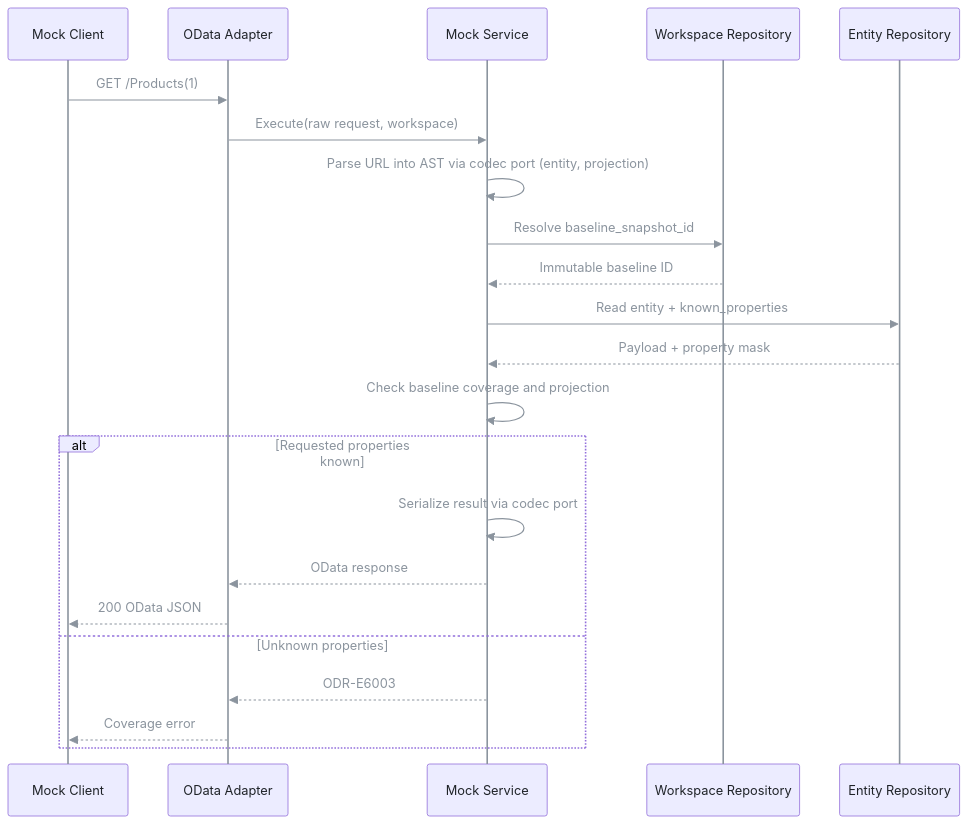
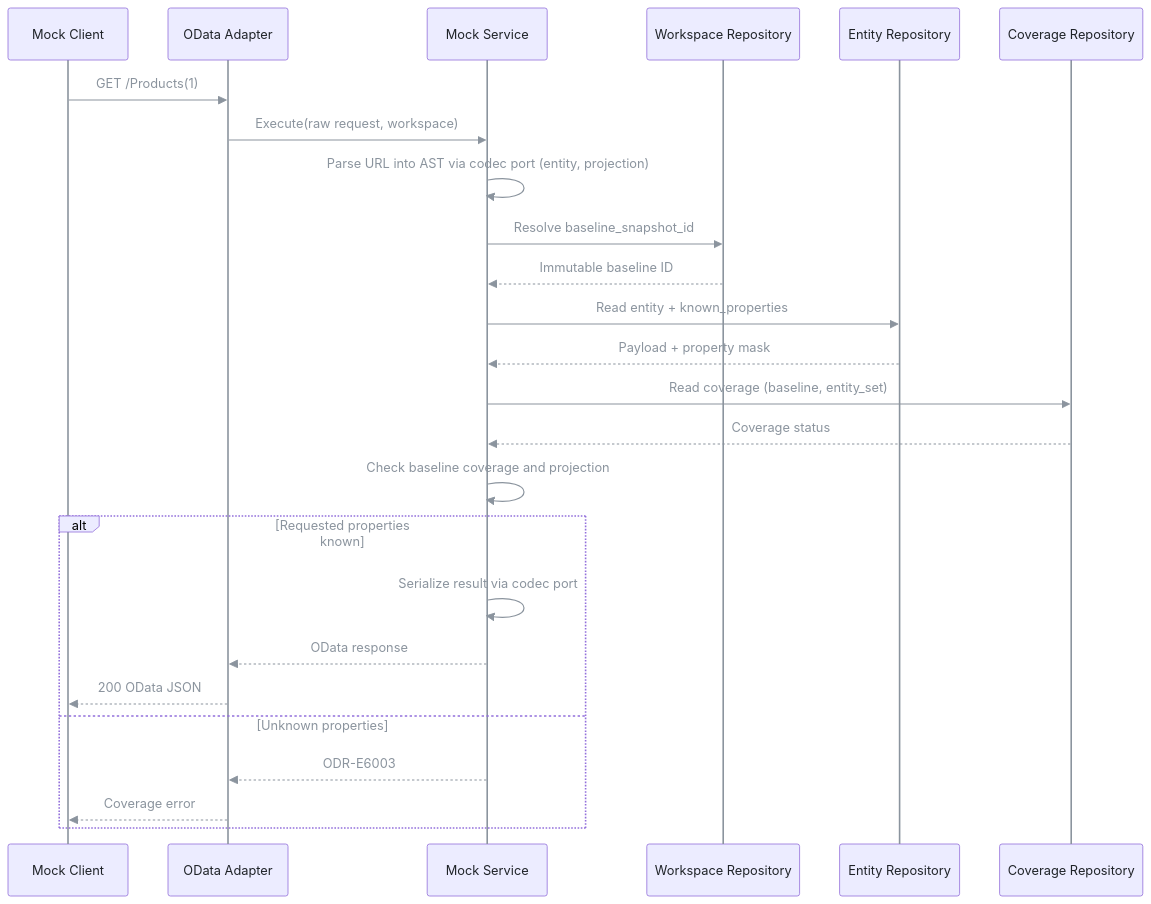
One commit to pt9912/odata-recorder changed the ninth of 11 diagrams in spec/architecture.md. Above: the diagram before and after it, drawn with Mermaid. The commit also changed other lines of this file and 1 other file, not shown here.

````diff
--- a/spec/architecture.md
+++ b/spec/architecture.md
@@ -424,25 +433,28 @@
 ```mermaid
 %%{init: {'themeVariables': {'lineColor': '#8b949e', 'signalColor': '#8b949e', 'signalTextColor': '#8b949e', 'actorLineColor': '#8b949e', 'loopTextColor': '#8b949e', 'textColor': '#c9d1d9', 'primaryTextColor': '#1f2328', 'nodeTextColor': '#1f2328', 'actorTextColor': '#1f2328', 'noteTextColor': '#1f2328', 'edgeLabelBackground': '#30363d'}}}%%
 sequenceDiagram
     participant C as Mock Client
     participant H as OData Adapter
     participant M as Mock Service
     participant W as Workspace Repository
     participant E as Entity Repository
+    participant V as Coverage Repository
     C->>H: GET /Products(1)
     H->>M: Execute(raw request, workspace)
     M->>M: Parse URL into AST via codec port (entity, projection)
     M->>W: Resolve baseline_snapshot_id
     W-->>M: Immutable baseline ID
     M->>E: Read entity + known_properties
     E-->>M: Payload + property mask
+    M->>V: Read coverage (baseline, entity_set)
+    V-->>M: Coverage status
     M->>M: Check baseline coverage and projection
     alt Requested properties known
       M->>M: Serialize result via codec port
       M-->>H: OData response
       H-->>C: 200 OData JSON
     else Unknown properties
       M-->>H: ODR-E6003
       H-->>C: Coverage error
     end
 ```
````
